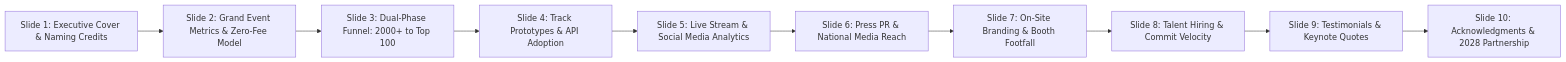
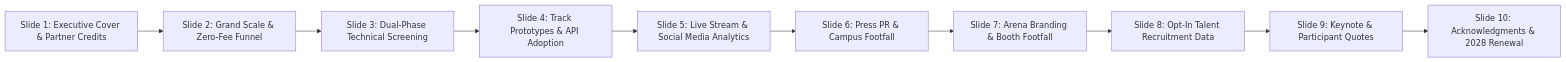
Before and after one commit to MasterZ1311/Kairos: the second of 2 diagrams in docs/12_post_event_report_and_sponsor_roi_deck.md, drawn with Mermaid. The commit also changed other lines of this file and 100 other files, not shown here.

````diff
--- a/docs/12_post_event_report_and_sponsor_roi_deck.md
+++ b/docs/12_post_event_report_and_sponsor_roi_deck.md
@@ -28,12 +45,12 @@
 ```mermaid
 graph LR
-    S1[Slide 1: Executive Cover & Naming Credits] --> S2[Slide 2: Grand Event Metrics & Zero-Fee Model]
-    S2 --> S3[Slide 3: Dual-Phase Funnel: 2000+ to Top 100]
+    S1[Slide 1: Executive Cover & Partner Credits] --> S2[Slide 2: Grand Scale & Zero-Fee Funnel]
+    S2 --> S3[Slide 3: Dual-Phase Technical Screening]
     S3 --> S4[Slide 4: Track Prototypes & API Adoption]
     S4 --> S5[Slide 5: Live Stream & Social Media Analytics]
-    S5 --> S6[Slide 6: Press PR & National Media Reach]
-    S6 --> S7[Slide 7: On-Site Branding & Booth Footfall]
-    S7 --> S8[Slide 8: Talent Hiring & Commit Velocity]
-    S8 --> S9[Slide 9: Testimonials & Keynote Quotes]
-    S9 --> S10[Slide 10: Acknowledgments & 2028 Partnership]
+    S5 --> S6[Slide 6: Press PR & Campus Footfall]
+    S6 --> S7[Slide 7: Arena Branding & Booth Footfall]
+    S7 --> S8[Slide 8: Opt-In Talent Recruitment Data]
+    S8 --> S9[Slide 9: Keynote & Participant Quotes]
+    S9 --> S10[Slide 10: Acknowledgments & 2028 Renewal]
 ```
````
